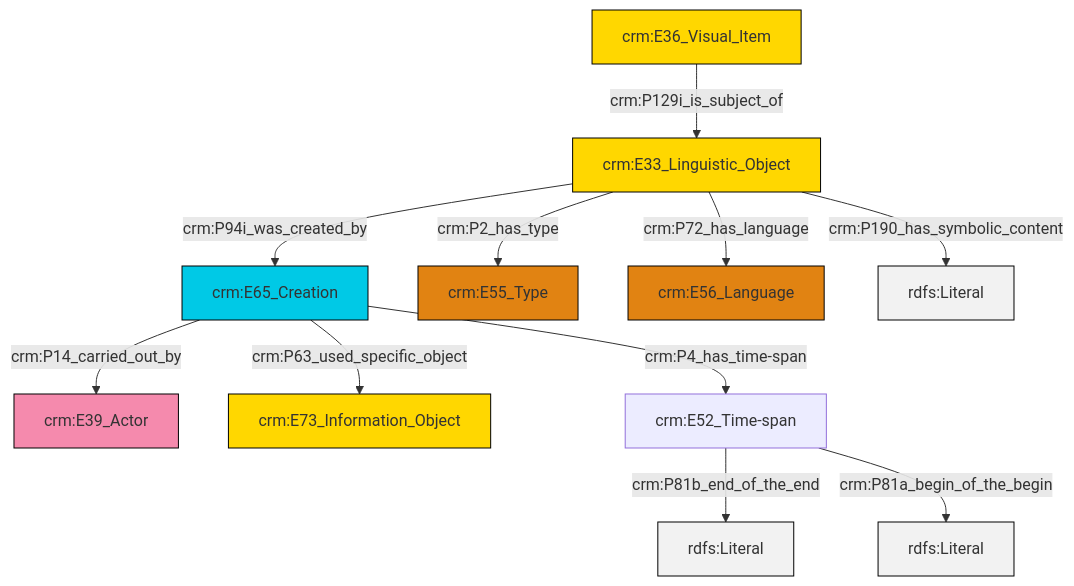
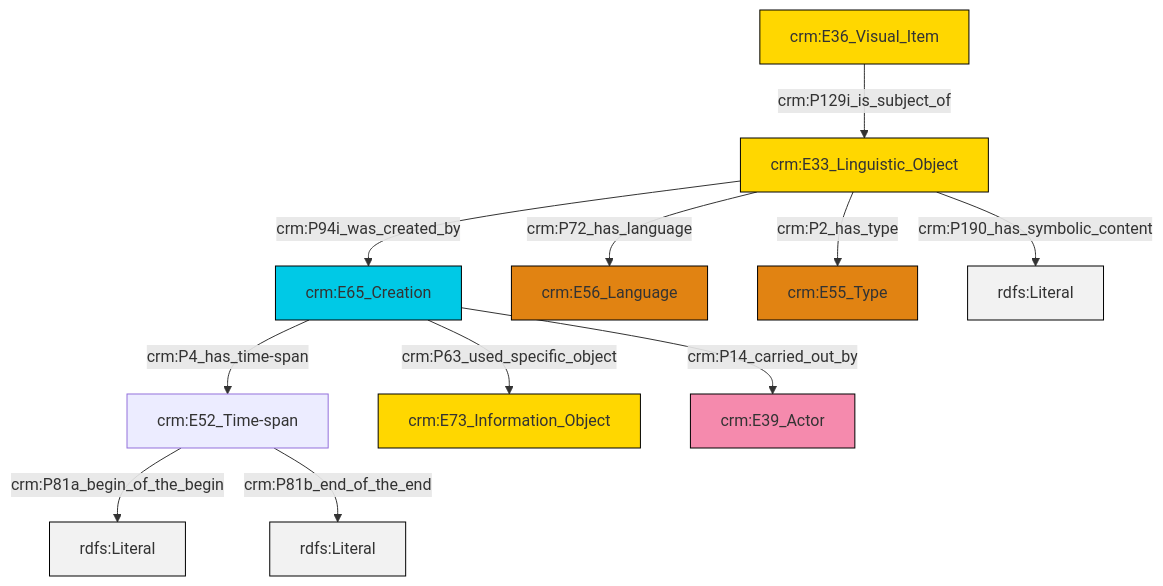
One commit to swiss-art-research-net/docs.swissartresearch changed the diagram in et/imgCSV/ttl/mmd/img_desc.ttl.mmd. Above: the diagram before and after it, drawn with Mermaid. The commit also changed 176 other files, not shown here.

```diff
--- a/et/imgCSV/ttl/mmd/img_desc.ttl.mmd
+++ b/et/imgCSV/ttl/mmd/img_desc.ttl.mmd
@@ -1,25 +1,25 @@
 graph TD
 classDef Literal fill:#f2f2f2,stroke:#000000;
 classDef CRM_Entity fill:#FFFFFF,stroke:#000000;
 classDef Temporal_Entity fill:#00C9E6, stroke:#000000;
 classDef Type fill:#E18312, stroke:#000000;
 classDef Time-Span fill:#2C9C91, stroke:#000000;
 classDef Appellation fill:#FFEB7F, stroke:#000000;
 classDef Place fill:#008836, stroke:#000000;
 classDef Persistent_Item fill:#B266B2, stroke:#000000;
 classDef Conceptual_Object fill:#FFD700, stroke:#000000;
 classDef Physical_Thing fill:#D2B48C, stroke:#000000;
 classDef Actor fill:#f58aad, stroke:#000000;
 classDef PC_Classes fill:#4ce600, stroke:#000000;
 classDef Multi fill:#cccccc,stroke:#000000;
 
-0["crm:E65_Creation"]:::Temporal_Entity -->|crm:P14_carried_out_by| 1["crm:E39_Actor"]:::Actor
-0["crm:E65_Creation"]:::Temporal_Entity -->|crm:P63_used_specific_object| 4["crm:E73_Information_Object"]:::Conceptual_Object
-2["crm:E36_Visual_Item"]:::Conceptual_Object -->|crm:P129i_is_subject_of| 5["crm:E33_Linguistic_Object"]:::Conceptual_Object
+4["crm:E36_Visual_Item"]:::Conceptual_Object -->|crm:P129i_is_subject_of| 5["crm:E33_Linguistic_Object"]:::Conceptual_Object
+5["crm:E33_Linguistic_Object"]:::Conceptual_Object -->|crm:P72_has_language| 6["crm:E56_Language"]:::Type
+0["crm:E65_Creation"]:::Temporal_Entity -->|crm:P4_has_time-span| 2["crm:E52_Time-span"]:::Default
+5["crm:E33_Linguistic_Object"]:::Conceptual_Object -->|crm:P2_has_type| 11["crm:E55_Type"]:::Type
+0["crm:E65_Creation"]:::Temporal_Entity -->|crm:P14_carried_out_by| 12["crm:E39_Actor"]:::Actor
+2["crm:E52_Time-span"]:::Default -->|crm:P81a_begin_of_the_begin| 13[rdfs:Literal]:::Literal
+0["crm:E65_Creation"]:::Temporal_Entity -->|crm:P63_used_specific_object| 9["crm:E73_Information_Object"]:::Conceptual_Object
+5["crm:E33_Linguistic_Object"]:::Conceptual_Object -->|crm:P190_has_symbolic_content| 16[rdfs:Literal]:::Literal
 5["crm:E33_Linguistic_Object"]:::Conceptual_Object -->|crm:P94i_was_created_by| 0["crm:E65_Creation"]:::Temporal_Entity
-5["crm:E33_Linguistic_Object"]:::Conceptual_Object -->|crm:P2_has_type| 9["crm:E55_Type"]:::Type
-7["crm:E52_Time-span"]:::Default -->|crm:P81b_end_of_the_end| 10[rdfs:Literal]:::Literal
-5["crm:E33_Linguistic_Object"]:::Conceptual_Object -->|crm:P72_has_language| 11["crm:E56_Language"]:::Type
-7["crm:E52_Time-span"]:::Default -->|crm:P81a_begin_of_the_begin| 13[rdfs:Literal]:::Literal
-5["crm:E33_Linguistic_Object"]:::Conceptual_Object -->|crm:P190_has_symbolic_content| 17[rdfs:Literal]:::Literal
-0["crm:E65_Creation"]:::Temporal_Entity -->|crm:P4_has_time-span| 7["crm:E52_Time-span"]:::Default
+2["crm:E52_Time-span"]:::Default -->|crm:P81b_end_of_the_end| 18[rdfs:Literal]:::Literal
```
